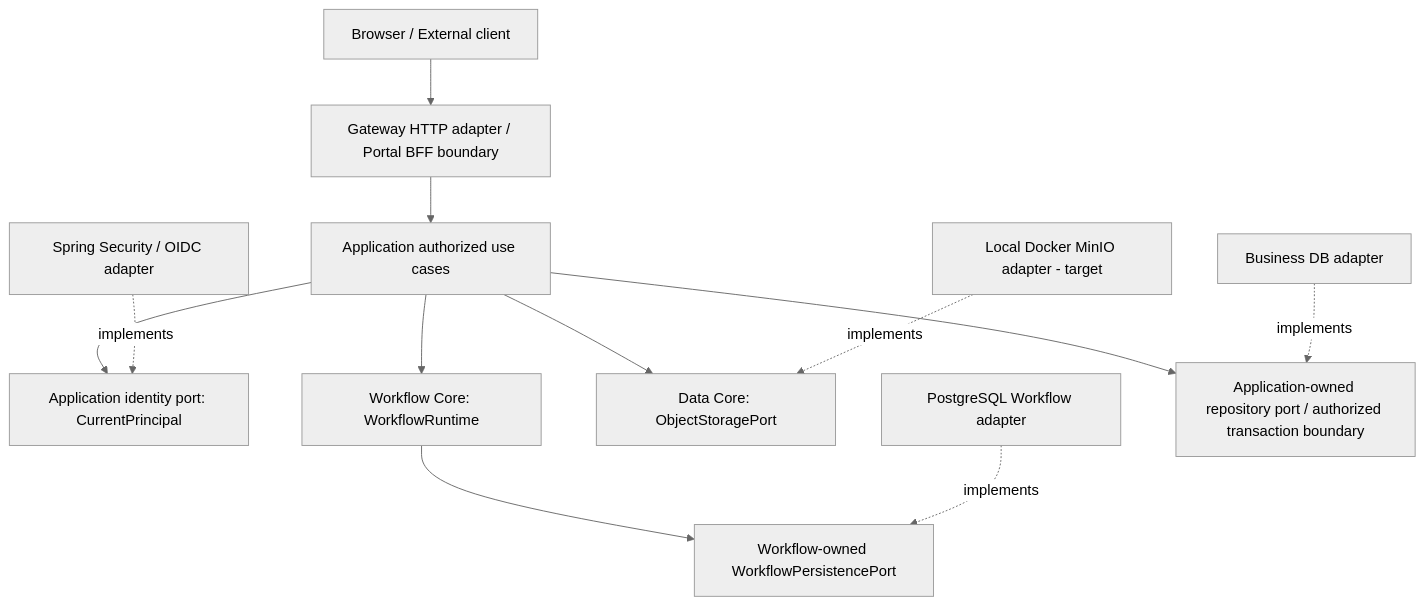
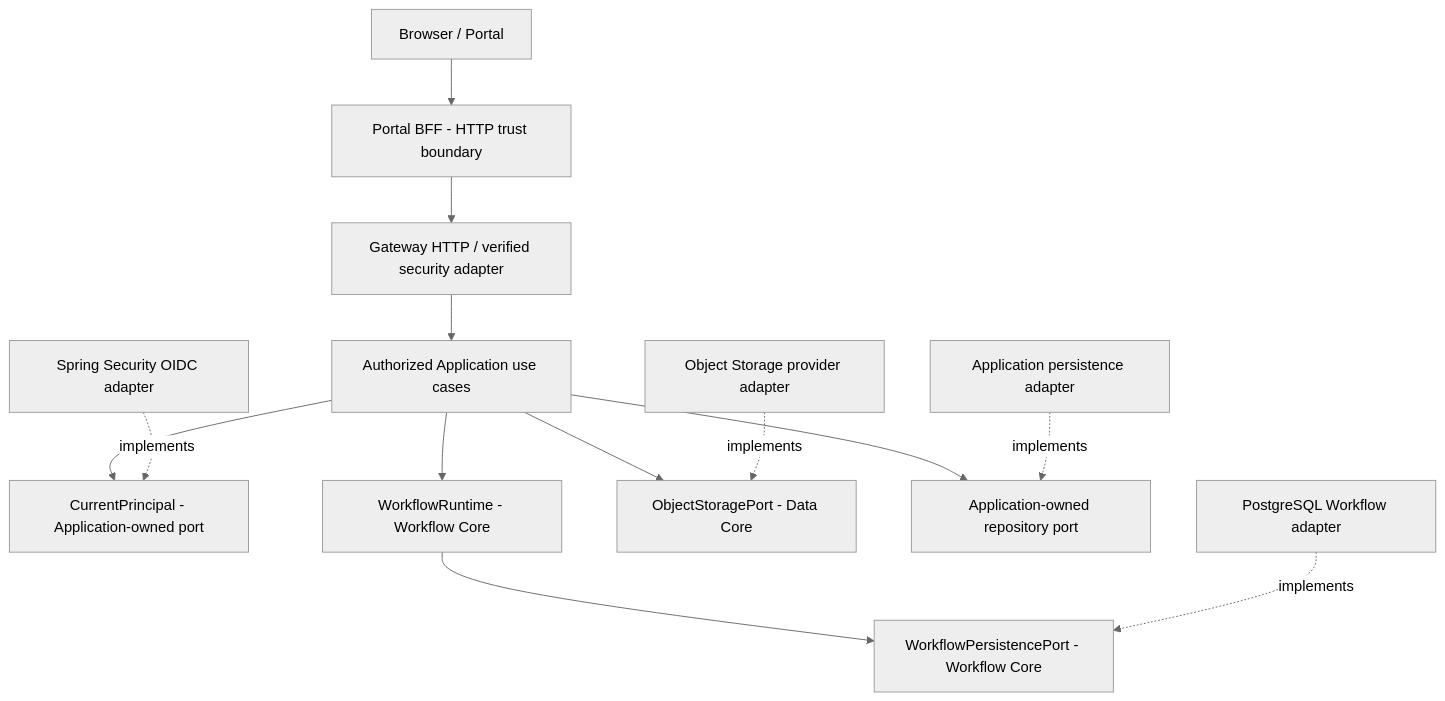
Before and after one commit to lexuanbao258-collab/dxos-open-core: the diagram in docs/01-architecture/dependency-rules.md, drawn with Mermaid (neutral theme). The commit also changed other lines of this file and 11 other files, not shown here.

````diff
--- a/docs/01-architecture/dependency-rules.md
+++ b/docs/01-architecture/dependency-rules.md
@@ -63,14 +31,15 @@
 ```mermaid
 flowchart TD
-    Browser[Browser / External client] --> Http[Gateway HTTP adapter / Portal BFF boundary]
-    Http --> UseCases[Application authorized use cases]
-    UseCases --> IPort[Application identity port: CurrentPrincipal]
-    UseCases --> WCore[Workflow Core: WorkflowRuntime]
-    UseCases --> DCore[Data Core: ObjectStoragePort]
-    WCore --> WPort[Workflow-owned WorkflowPersistencePort]
-    PAdapter[PostgreSQL Workflow adapter] -.implements.-> WPort
-    Security[Spring Security / OIDC adapter] -.implements.-> IPort
-    Storage[Local Docker MinIO adapter - target] -.implements.-> DCore
-    UseCases --> RepoPort[Application-owned repository port / authorized transaction boundary]
-    RepoAdapter[Business DB adapter] -.implements.-> RepoPort
+    CLIENT[Browser / Portal] --> BFF[Portal BFF - HTTP trust boundary]
+    BFF --> GW[Gateway HTTP / verified security adapter]
+    GW --> APP[Authorized Application use cases]
+    APP --> IP[CurrentPrincipal - Application-owned port]
+    APP --> WF[WorkflowRuntime - Workflow Core]
+    APP --> OS[ObjectStoragePort - Data Core]
+    APP --> RP[Application-owned repository port]
+    WF --> WP[WorkflowPersistencePort - Workflow Core]
+    SEC[Spring Security OIDC adapter] -. implements .-> IP
+    PG[PostgreSQL Workflow adapter] -. implements .-> WP
+    OBJ[Object Storage provider adapter] -. implements .-> OS
+    BR[Application persistence adapter] -. implements .-> RP
 ```
````
